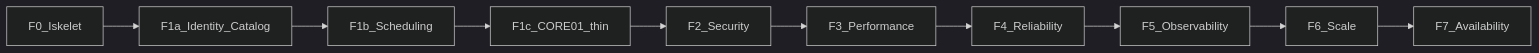
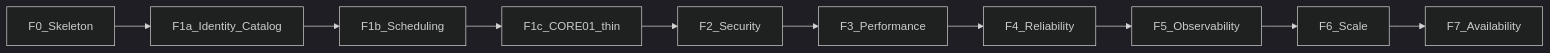
Before and after one commit to syfch-dev/ReserveFlow: the second of 2 diagrams in docs/USE_CASES.md, drawn with Mermaid (dark theme). The commit also changed other lines of this file and 5 other files, not shown here.

````diff
--- a/docs/USE_CASES.md
+++ b/docs/USE_CASES.md
@@ -348,12 +348,12 @@
 ```mermaid
 flowchart LR
-  F0[F0_Iskelet] --> F1a[F1a_Identity_Catalog]
+  F0[F0_Skeleton] --> F1a[F1a_Identity_Catalog]
   F1a --> F1b[F1b_Scheduling]
   F1b --> F1c[F1c_CORE01_thin]
   F1c --> F2[F2_Security]
   F2 --> F3[F3_Performance]
   F3 --> F4[F4_Reliability]
   F4 --> F5[F5_Observability]
   F5 --> F6[F6_Scale]
   F6 --> F7[F7_Availability]
 ```
````
